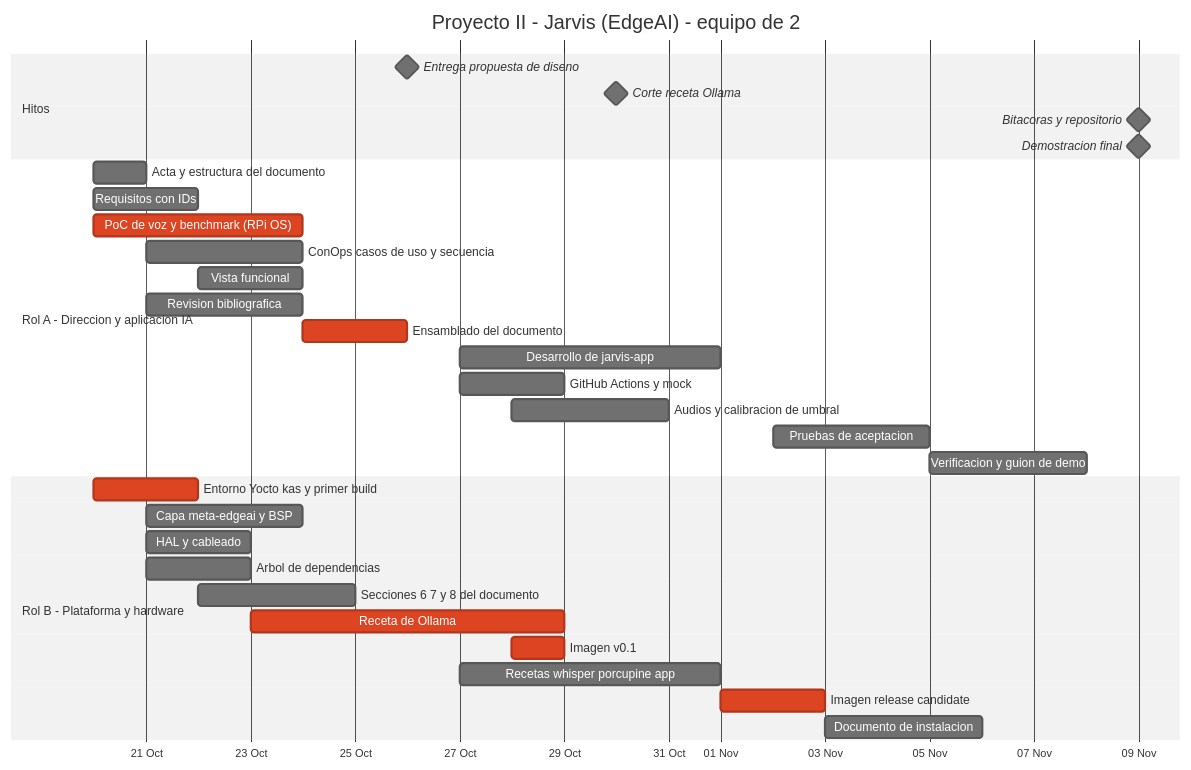
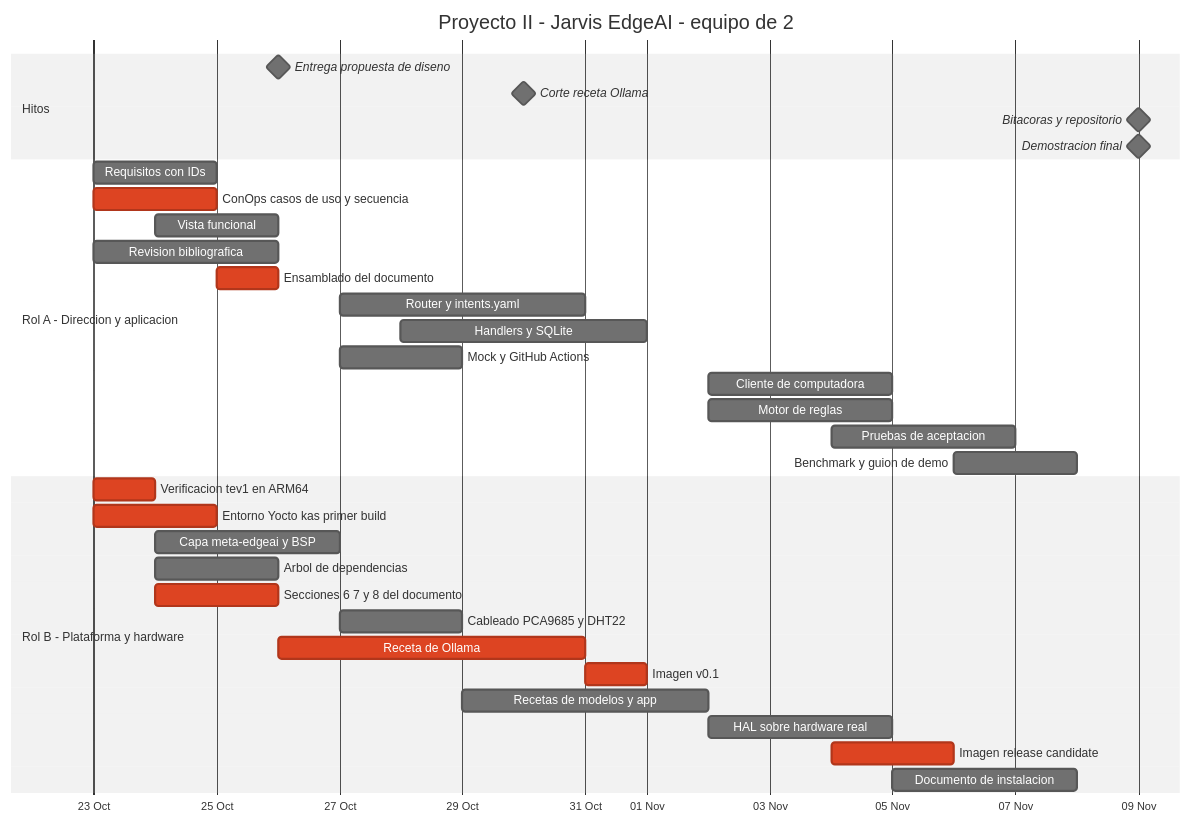
Before and after one commit to Daniiell03/Sistemas_Inteligentes_de_borde_EdgeAI: the diagram in README.md, drawn with Mermaid (neutral theme). The commit also changed other lines of this file, not shown here.

````diff
--- a/README.md
+++ b/README.md
@@ -306,38 +428,40 @@
 ```mermaid
 gantt
-    title Proyecto II - Jarvis (EdgeAI) - equipo de 2
+    title Proyecto II - Jarvis EdgeAI - equipo de 2
     dateFormat YYYY-MM-DD
     axisFormat %d %b
 
     section Hitos
     Entrega propuesta de diseno     :milestone, m1, 2026-10-26, 0d
     Corte receta Ollama             :milestone, m2, 2026-10-30, 0d
     Bitacoras y repositorio         :milestone, m3, 2026-11-09, 0d
     Demostracion final              :milestone, m4, 2026-11-09, 0d
 
-    section Rol A - Direccion y aplicacion IA
-    Acta y estructura del documento :a1, 2026-10-20, 1d
-    Requisitos con IDs              :a2, 2026-10-20, 2d
-    PoC de voz y benchmark (RPi OS) :crit, a3, 2026-10-20, 4d
-    ConOps casos de uso y secuencia :a4, 2026-10-21, 3d
-    Vista funcional                 :a5, 2026-10-22, 2d
-    Revision bibliografica          :a6, 2026-10-21, 3d
-    Ensamblado del documento        :crit, a7, 2026-10-24, 2d
-    Desarrollo de jarvis-app        :a8, 2026-10-27, 5d
-    GitHub Actions y mock           :a9, 2026-10-27, 2d
-    Audios y calibracion de umbral  :a10, 2026-10-28, 3d
-    Pruebas de aceptacion           :a11, 2026-11-02, 3d
-    Verificacion y guion de demo    :a12, 2026-11-05, 3d
+    section Rol A - Direccion y aplicacion
+    Requisitos con IDs              :a1, 2026-10-23, 2d
+    ConOps casos de uso y secuencia :crit, a2, 2026-10-23, 2d
+    Vista funcional                 :a3, 2026-10-24, 2d
+    Revision bibliografica          :a4, 2026-10-23, 3d
+    Ensamblado del documento        :crit, a5, 2026-10-25, 1d
+    Router y intents.yaml           :a6, 2026-10-27, 4d
+    Handlers y SQLite               :a7, 2026-10-28, 4d
+    Mock y GitHub Actions           :a8, 2026-10-27, 2d
+    Cliente de computadora          :a9, 2026-11-02, 3d
+    Motor de reglas                 :a10, 2026-11-02, 3d
+    Pruebas de aceptacion           :a11, 2026-11-04, 3d
+    Benchmark y guion de demo       :a12, 2026-11-06, 2d
 
     section Rol B - Plataforma y hardware
-    Entorno Yocto kas y primer build:crit, b1, 2026-10-20, 2d
-    Capa meta-edgeai y BSP          :b2, 2026-10-21, 3d
-    HAL y cableado                  :b3, 2026-10-21, 2d
-    Arbol de dependencias           :b4, 2026-10-21, 2d
-    Secciones 6 7 y 8 del documento :b5, 2026-10-22, 3d
-    Receta de Ollama                :crit, b6, 2026-10-23, 6d
-    Imagen v0.1                     :crit, b7, 2026-10-28, 1d
-    Recetas whisper porcupine app   :b8, 2026-10-27, 5d
-    Imagen release candidate        :crit, b9, 2026-11-01, 2d
-    Documento de instalacion        :b10, 2026-11-03, 3d
+    Verificacion tev1 en ARM64      :crit, b1, 2026-10-23, 1d
+    Entorno Yocto kas primer build  :crit, b2, 2026-10-23, 2d
+    Capa meta-edgeai y BSP          :b3, 2026-10-24, 3d
+    Arbol de dependencias           :b4, 2026-10-24, 2d
+    Secciones 6 7 y 8 del documento :crit, b5, 2026-10-24, 2d
+    Cableado PCA9685 y DHT22        :b6, 2026-10-27, 2d
+    Receta de Ollama                :crit, b7, 2026-10-26, 5d
+    Imagen v0.1                     :crit, b8, 2026-10-31, 1d
+    Recetas de modelos y app        :b9, 2026-10-29, 4d
+    HAL sobre hardware real         :b10, 2026-11-02, 3d
+    Imagen release candidate        :crit, b11, 2026-11-04, 2d
+    Documento de instalacion        :b12, 2026-11-05, 3d
 ```
````
